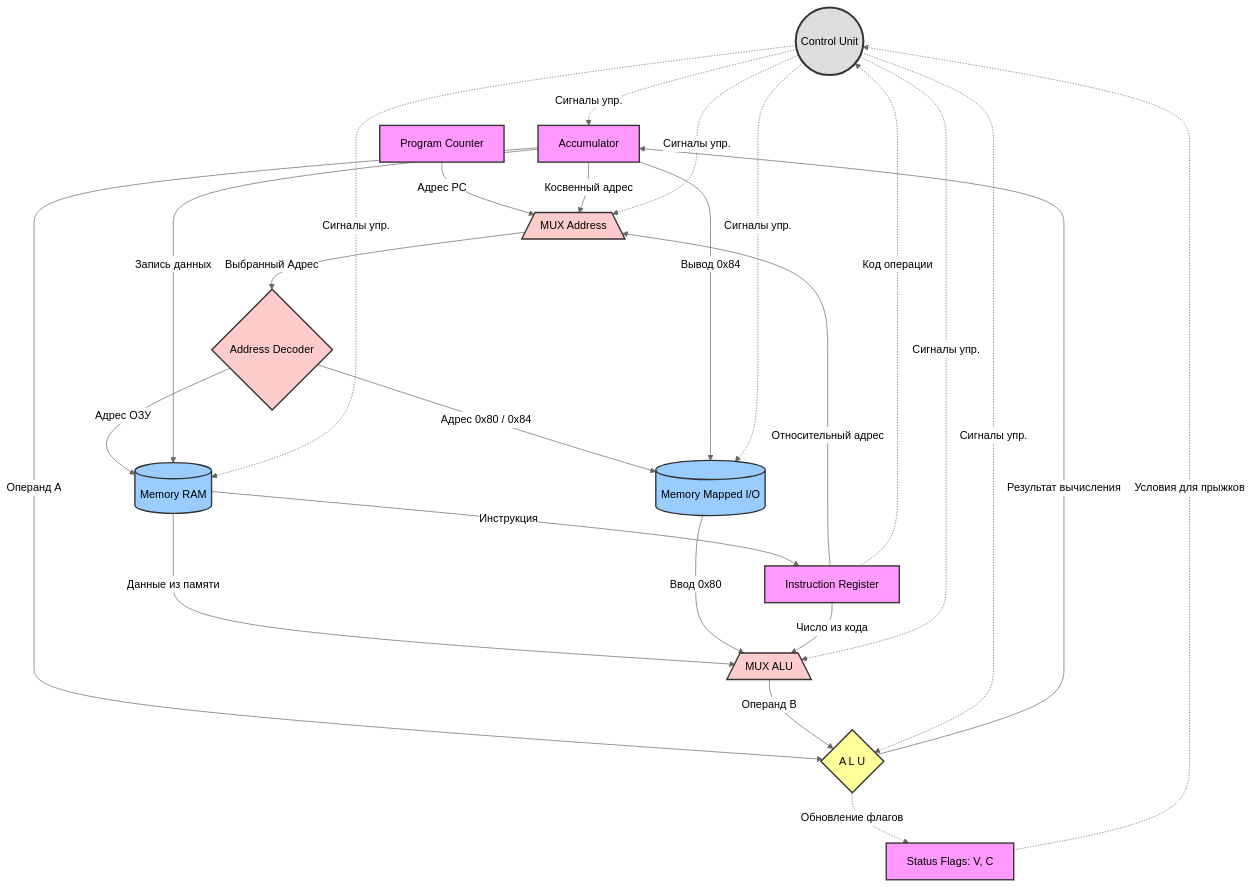
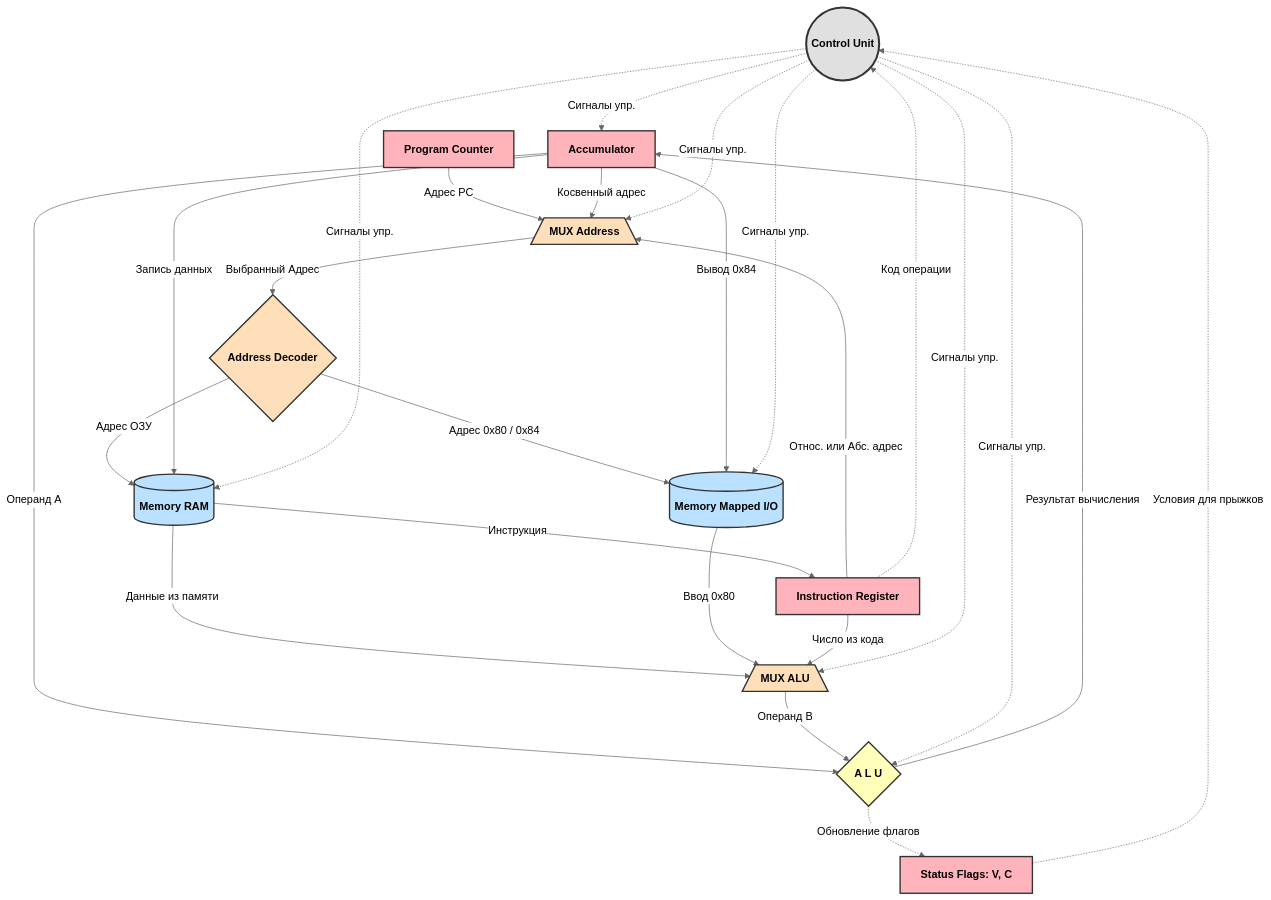
Before and after one commit to Ahrorovk/scheme-acc32: the diagram in README.md, drawn with Mermaid (neutral theme).

````diff
--- a/README.md
+++ b/README.md
@@ -1,63 +1,63 @@
 ```mermaid
 graph TD
-    %% Настройки стилей
-    classDef reg fill:#f9f,stroke:#333,stroke-width:2px;
-    classDef alu fill:#ff9,stroke:#333,stroke-width:2px;
-    classDef mem fill:#9cf,stroke:#333,stroke-width:2px;
-    classDef mux fill:#fcc,stroke:#333,stroke-width:2px;
-    classDef cu fill:#ddd,stroke:#333,stroke-width:3px;
+    %% Настройки стилей (Черный текст, жирный шрифт, пастельные тона)
+    classDef reg fill:#ffb3ba,stroke:#333,stroke-width:2px,color:#000,font-weight:bold;
+    classDef alu fill:#ffffba,stroke:#333,stroke-width:2px,color:#000,font-weight:bold;
+    classDef mem fill:#bae1ff,stroke:#333,stroke-width:2px,color:#000,font-weight:bold;
+    classDef mux fill:#ffdfba,stroke:#333,stroke-width:2px,color:#000,font-weight:bold;
+    classDef cu fill:#e0e0e0,stroke:#333,stroke-width:3px,color:#000,font-weight:bold;
 
     %% --- ОБЪЯВЛЕНИЕ БЛОКОВ ПРОЦЕССОРА ---
     CU((Control Unit)):::cu
     FLAGS[Status Flags: V, C]:::reg
 
     PC[Program Counter]:::reg
     IR[Instruction Register]:::reg
     ACC[Accumulator]:::reg
 
     ALU{A L U}:::alu
     MUX_ALU[/MUX ALU\]:::mux
     MUX_ADDR[/MUX Address\]:::mux
     ADDR_DEC{Address Decoder}:::mux
 
     MEM[(Memory RAM)]:::mem
     IO[(Memory Mapped I/O)]:::mem
 
     %% --- ЛИНИИ ДАННЫХ (Сплошные стрелки) ---
     
     %% Формирование адреса
     PC -->|Адрес PC| MUX_ADDR
-    IR -->|Относительный адрес| MUX_ADDR
+    IR -->|Относ. или Абс. адрес| MUX_ADDR
     ACC -->|Косвенный адрес| MUX_ADDR
     
     MUX_ADDR -->|Выбранный Адрес| ADDR_DEC
     ADDR_DEC -->|Адрес ОЗУ| MEM
     ADDR_DEC -->|Адрес 0x80 / 0x84| IO
 
     %% Чтение данных
     MEM -->|Инструкция| IR
     MEM -->|Данные из памяти| MUX_ALU
     IO -->|Ввод 0x80| MUX_ALU
     IR -->|Число из кода| MUX_ALU
 
     %% Вычисления
     ACC -->|Операнд A| ALU
     MUX_ALU -->|Операнд B| ALU
     ALU -->|Результат вычисления| ACC
     
     %% Запись данных
     ACC -->|Запись данных| MEM
     ACC -->|Вывод 0x84| IO
 
     %% --- ЛИНИИ УПРАВЛЕНИЯ (Пунктирные стрелки) ---
     ALU -.->|Обновление флагов| FLAGS
     FLAGS -.->|Условия для прыжков| CU
     IR -.->|Код операции| CU
 
     CU -.->|Сигналы упр.| ACC
     CU -.->|Сигналы упр.| MEM
     CU -.->|Сигналы упр.| IO
     CU -.->|Сигналы упр.| ALU
     CU -.->|Сигналы упр.| MUX_ALU
     CU -.->|Сигналы упр.| MUX_ADDR
 ```
````
